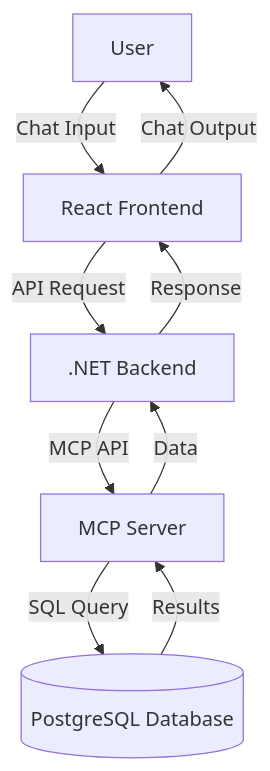
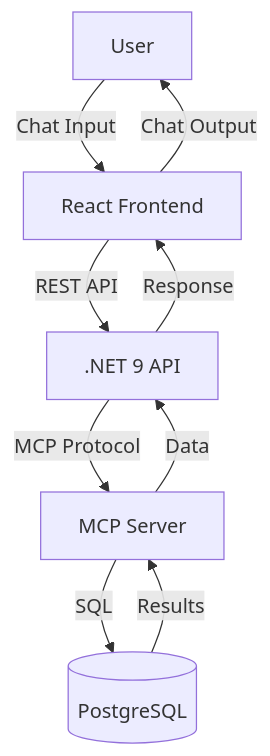
The diagram in README.md (Tomicd01/bs_quiz_chatbot), drawn with Mermaid before and after one commit. The commit also changed other lines of this file, not shown here.

Commit message:
Rewrite README with deep setup, architecture, and developer instructions

````diff
--- a/README.md
+++ b/README.md
@@ -9,17 +9,17 @@
 ```mermaid
 graph TD
     User[User]
     Frontend[React Frontend]
-    Backend[.NET Backend]
+    Backend[.NET 9 API]
     MCP[MCP Server]
-    DB[(PostgreSQL Database)]
+    DB[(PostgreSQL)]
 
     User -->|Chat Input| Frontend
-    Frontend -->|API Request| Backend
-    Backend -->|MCP API| MCP
-    MCP -->|SQL Query| DB
+    Frontend -->|REST API| Backend
+    Backend -->|MCP Protocol| MCP
+    MCP -->|SQL| DB
     DB -->|Results| MCP
     MCP -->|Data| Backend
     Backend -->|Response| Frontend
     Frontend -->|Chat Output| User
 ```
````
